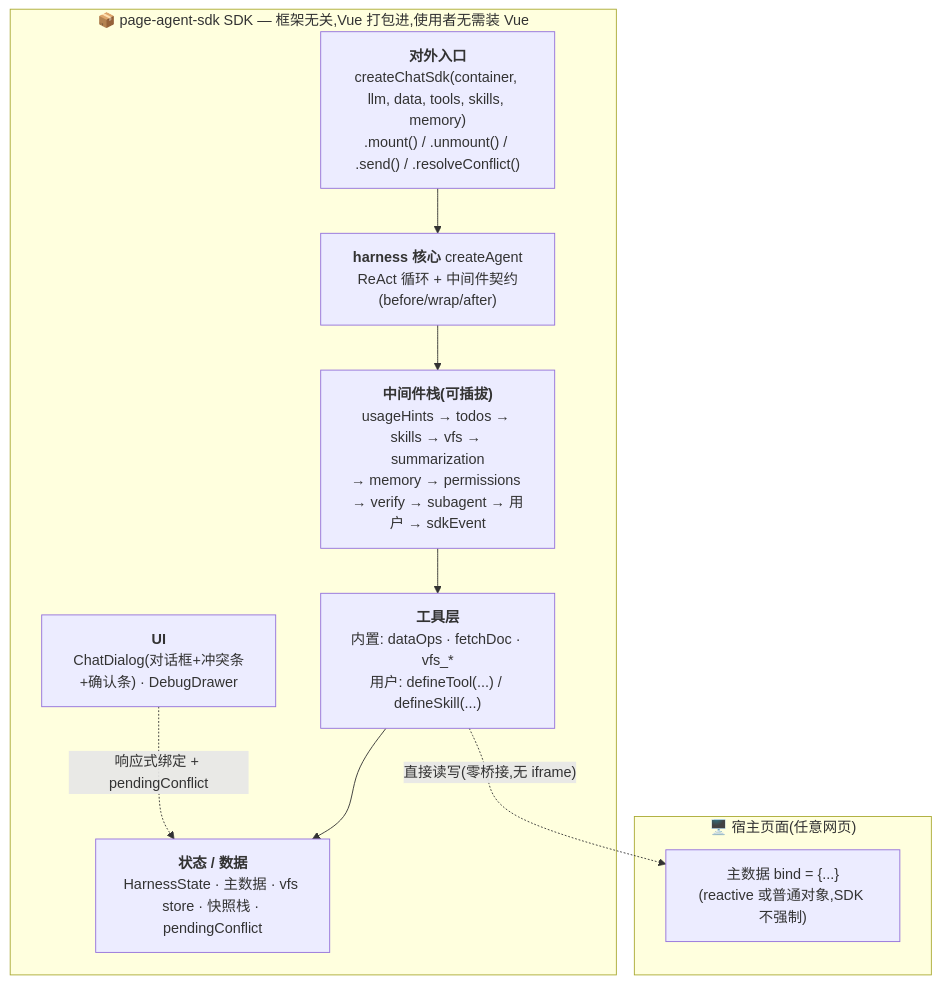
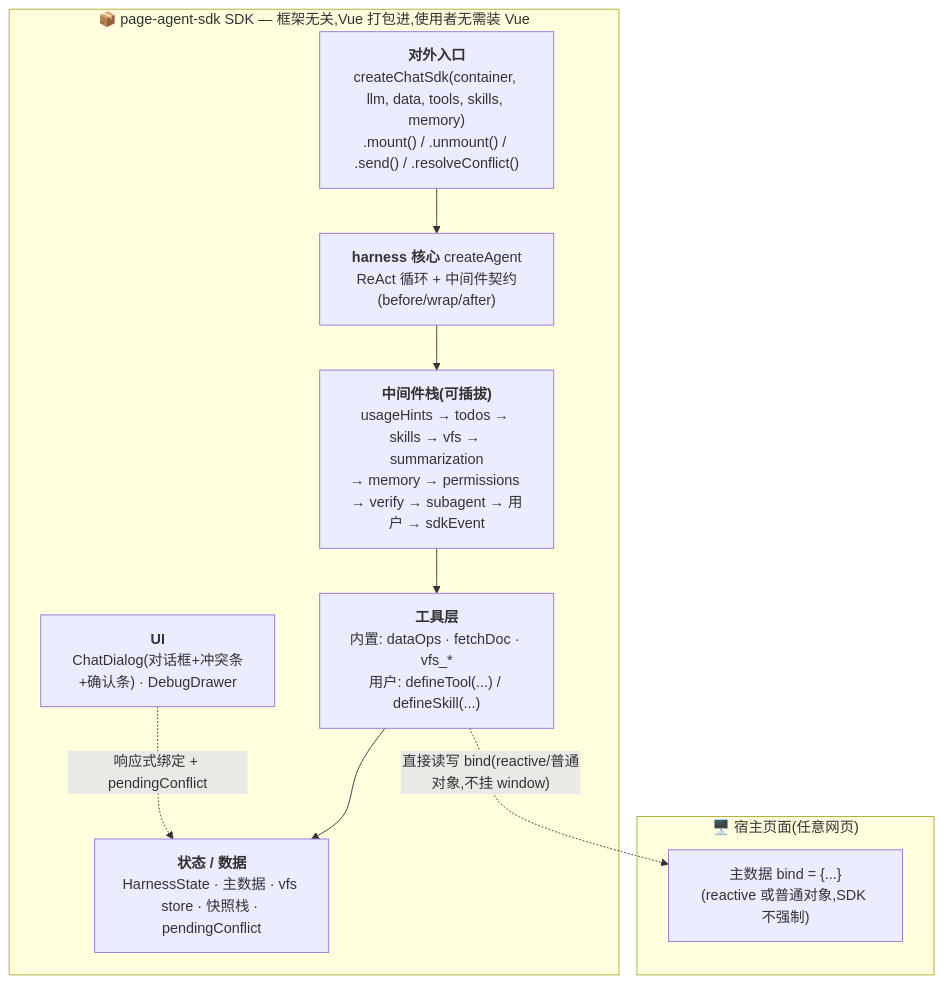
One commit to whyymj/chat-sdk changed the first of 6 diagrams in doc/architecture.md. Above: the diagram before and after it, drawn with Mermaid. The commit also changed other lines of this file and 30 other files, not shown here.

````diff
--- a/doc/architecture.md
+++ b/doc/architecture.md
@@ -12,18 +12,18 @@
 ```mermaid
 flowchart TD
   subgraph Host["🖥️ 宿主页面(任意网页)"]
     WP["主数据 bind = {...}<br/>(reactive 或普通对象,SDK 不强制)"]
   end
 
   subgraph SDK["📦 page-agent-sdk SDK — 框架无关,Vue 打包进,使用者无需装 Vue"]
     Entry["<b>对外入口</b><br/>createChatSdk(container, llm, data, tools, skills, memory)<br/>.mount() / .unmount() / .send() / .resolveConflict()"]
     Core["<b>harness 核心</b> createAgent<br/>ReAct 循环 + 中间件契约(before/wrap/after)"]
     MW["<b>中间件栈(可插拔)</b><br/>usageHints → todos → skills → vfs → summarization<br/>→ memory → permissions → verify → subagent → 用户 → sdkEvent"]
     Tools["<b>工具层</b><br/>内置: dataOps · fetchDoc · vfs_*<br/>用户: defineTool(...) / defineSkill(...)"]
     State["<b>状态 / 数据</b><br/>HarnessState · 主数据 · vfs store · 快照栈 · pendingConflict"]
     UI["<b>UI</b><br/>ChatDialog(对话框+冲突条+确认条) · DebugDrawer"]
     Entry --> Core --> MW --> Tools --> State
-    Tools -. "直接读写(零桥接,无 iframe)" .-> WP
+    Tools -. "直接读写 bind(reactive/普通对象,不挂 window)" .-> WP
     UI -. "响应式绑定 + pendingConflict" .-> State
   end
 ```
````
